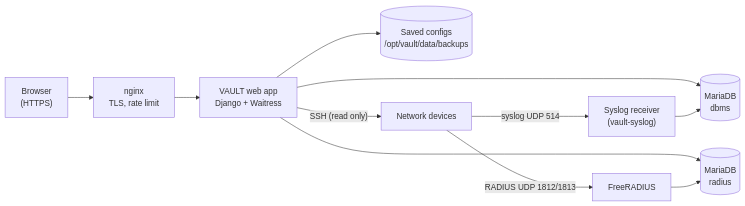
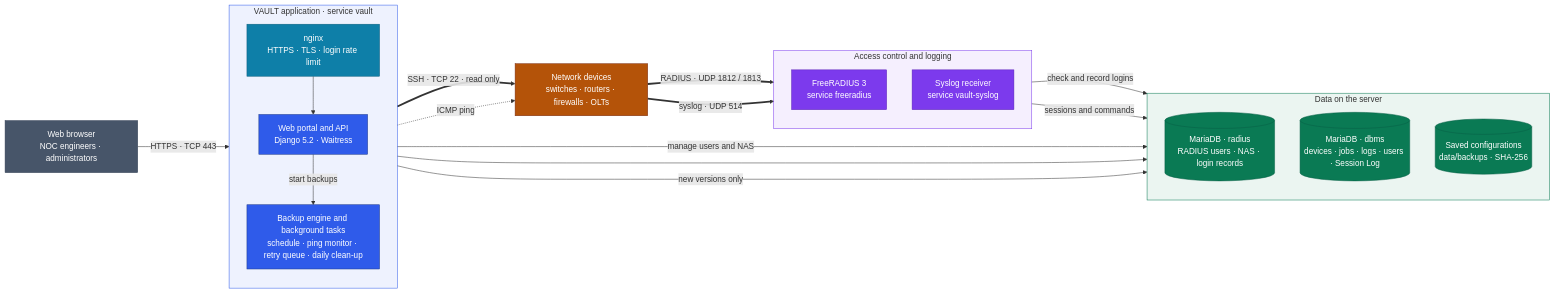
The diagram in README.md (ahsanulhaqueromman/BdREN-VAULT), drawn with Mermaid before and after one commit. The commit also changed other lines of this file, not shown here.

Commit message:
README: clearer architecture diagram with grouped, coloured parts and a short flow guide
- Diagram flows left to right: users, VAULT application, network devices, access control and logging, data
- Every arrow names its port or purpose; boxes name their service and what each database holds
- Four short notes explain the portal, backup, device login and Session Log flows

````diff
--- a/README.md
+++ b/README.md
@@ -130,13 +130,55 @@
 ```mermaid
 flowchart LR
-    Browser["Browser<br/>(HTTPS)"] --> Nginx["nginx<br/>TLS, rate limit"]
-    Nginx --> App["VAULT web app<br/>Django + Waitress"]
-    App --> DB[("MariaDB<br/>dbms")]
-    App --> RDB[("MariaDB<br/>radius")]
-    App --> Files[("Saved configs<br/>/opt/vault/data/backups")]
-    App -- "SSH (read only)" --> Devices["Network devices"]
-    Devices -- "RADIUS UDP 1812/1813" --> FR["FreeRADIUS"]
-    FR --> RDB
-    Devices -- "syslog UDP 514" --> SL["Syslog receiver<br/>(vault-syslog)"]
-    SL --> DB
+    Browser["Web browser<br/>NOC engineers · administrators"]
+
+    subgraph APP["VAULT application · service vault"]
+        direction TB
+        Nginx["nginx<br/>HTTPS · TLS · login rate limit"]
+        Web["Web portal and API<br/>Django 5.2 · Waitress"]
+        Engine["Backup engine and background tasks<br/>schedule · ping monitor · retry queue · daily clean-up"]
+        Nginx --> Web
+        Web -->|"start backups"| Engine
+    end
+
+    Dev["Network devices<br/>switches · routers · firewalls · OLTs"]
+
+    subgraph AAA["Access control and logging"]
+        direction TB
+        FR["FreeRADIUS 3<br/>service freeradius"]
+        Syslog["Syslog receiver<br/>service vault-syslog"]
+    end
+
+    subgraph DATA["Data on the server"]
+        direction TB
+        RAD[("MariaDB · radius<br/>RADIUS users · NAS · login records")]
+        DBMS[("MariaDB · dbms<br/>devices · jobs · logs · users · Session Log")]
+        Files[("Saved configurations<br/>data/backups · SHA-256")]
+    end
+
+    Browser -->|"HTTPS · TCP 443"| Nginx
+    Engine ==>|"SSH · TCP 22 · read only"| Dev
+    Engine -.->|"ICMP ping"| Dev
+    Dev ==>|"RADIUS · UDP 1812 / 1813"| FR
+    Dev ==>|"syslog · UDP 514"| Syslog
+    FR -->|"check and record logins"| RAD
+    Syslog -->|"sessions and commands"| DBMS
+    Web -->|"manage users and NAS"| RAD
+    Web --> DBMS
+    Engine -->|"new versions only"| Files
+
+    classDef user fill:#475569,stroke:#334155,color:#ffffff
+    classDef edge fill:#0e7fa8,stroke:#0b5f7d,color:#ffffff
+    classDef app fill:#2f5bea,stroke:#1e3a8a,color:#ffffff
+    classDef aaa fill:#7c3aed,stroke:#5b21b6,color:#ffffff
+    classDef store fill:#0a7a54,stroke:#065f46,color:#ffffff
+    classDef device fill:#b45309,stroke:#7c2d12,color:#ffffff
+    class Browser user
+    class Nginx edge
+    class Web,Engine app
+    class FR,Syslog aaa
+    class DBMS,RAD,Files store
+    class Dev device
+    style APP fill:#2f5bea14,stroke:#2f5bea,stroke-width:1px
+    style AAA fill:#7c3aed14,stroke:#7c3aed,stroke-width:1px
+    style DATA fill:#0a7a5414,stroke:#0a7a54,stroke-width:1px
 ```
````
